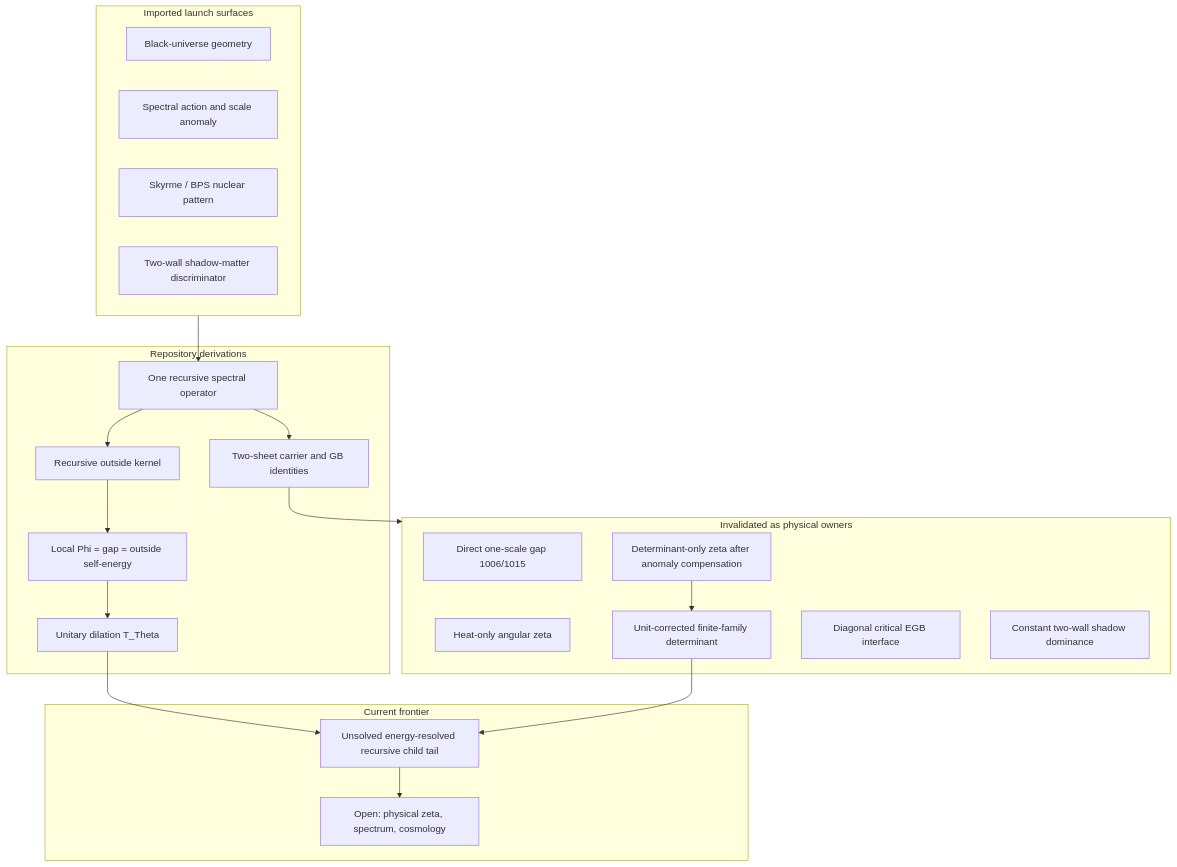
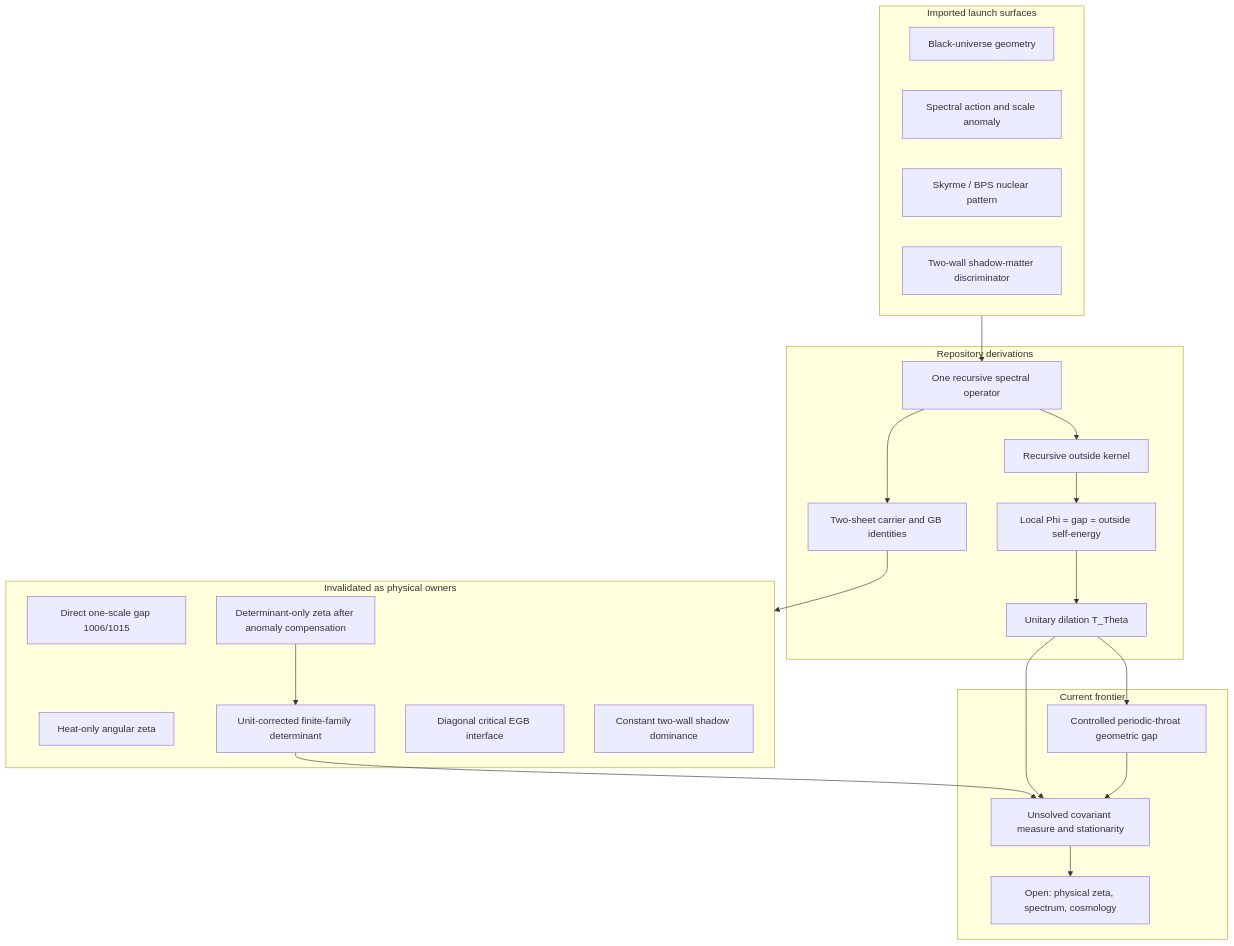
Before and after one commit to kodareken/nested-space-cosmology: the diagram in README.md, drawn with Mermaid. The commit also changed other lines of this file and 29 other files, not shown here.

````diff
--- a/README.md
+++ b/README.md
@@ -122,42 +125,45 @@
 ```mermaid
 flowchart TB
   subgraph imported["Imported launch surfaces"]
     BU["Black-universe geometry"]
     SA["Spectral action and scale anomaly"]
     SK["Skyrme / BPS nuclear pattern"]
     SH["Two-wall shadow-matter discriminator"]
   end
 
   subgraph derived["Repository derivations"]
     OP["One recursive spectral operator"]
     TS["Two-sheet carrier and GB identities"]
     RK["Recursive outside kernel"]
     ID["Local Phi = gap = outside self-energy"]
     DL["Unitary dilation T_Theta"]
   end
 
   subgraph invalidated["Invalidated as physical owners"]
     Z1["Direct one-scale gap 1006/1015"]
     HT["Heat-only angular zeta"]
     DT["Determinant-only zeta after anomaly compensation"]
     UC["Unit-corrected finite-family determinant"]
     EG["Diagonal critical EGB interface"]
     SW["Constant two-wall shadow dominance"]
   end
 
   subgraph frontier["Current frontier"]
-    TL["Unsolved energy-resolved recursive child tail"]
+    GG["Controlled periodic-throat geometric gap"]
+    TL["Unsolved covariant measure and stationarity"]
     OZ["Open: physical zeta, spectrum, cosmology"]
   end
 
   imported --> OP
   OP --> TS
   OP --> RK
   RK --> ID
   ID --> DL
   TS --> invalidated
   DL --> TL
   DT --> UC
   UC --> TL
+  DL --> GG
+  GG --> TL
   TL --> OZ
 ```
````
